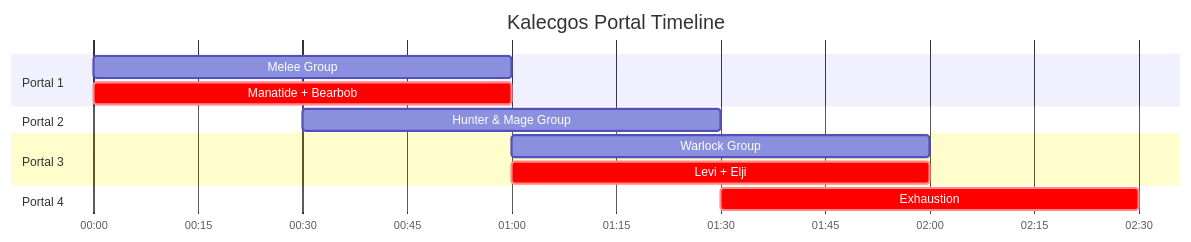
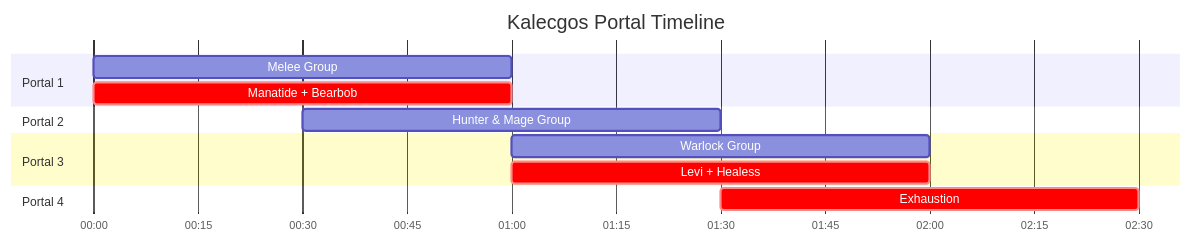
The second of 11 diagrams in wepulled/swp/README.md (leemWF/READMEVault), drawn with Mermaid before and after one commit. The commit also changed other lines of this file, not shown here.

````diff
--- a/wepulled/swp/README.md
+++ b/wepulled/swp/README.md
@@ -21,20 +20,20 @@
 ```mermaid
 gantt
     title Kalecgos Portal Timeline
     dateFormat  mm:ss
     axisFormat %M:%S
 
     section Portal 1
     Melee Group           :p1, 00:00, 1m
     Manatide + Bearbob     :crit, 00:00, 1m
     
     section Portal 2
     Hunter & Mage Group      :p2, 00:30, 1m
 
     section Portal 3
     Warlock Group    :p3, 01:00, 1m
-    Levi +  Elji     :crit, 01:00, 1m
+    Levi +  Healess     :crit, 01:00, 1m
 
     section Portal 4
     Exhaustion      :crit, p4, 01:30, 1m
 ```
````
